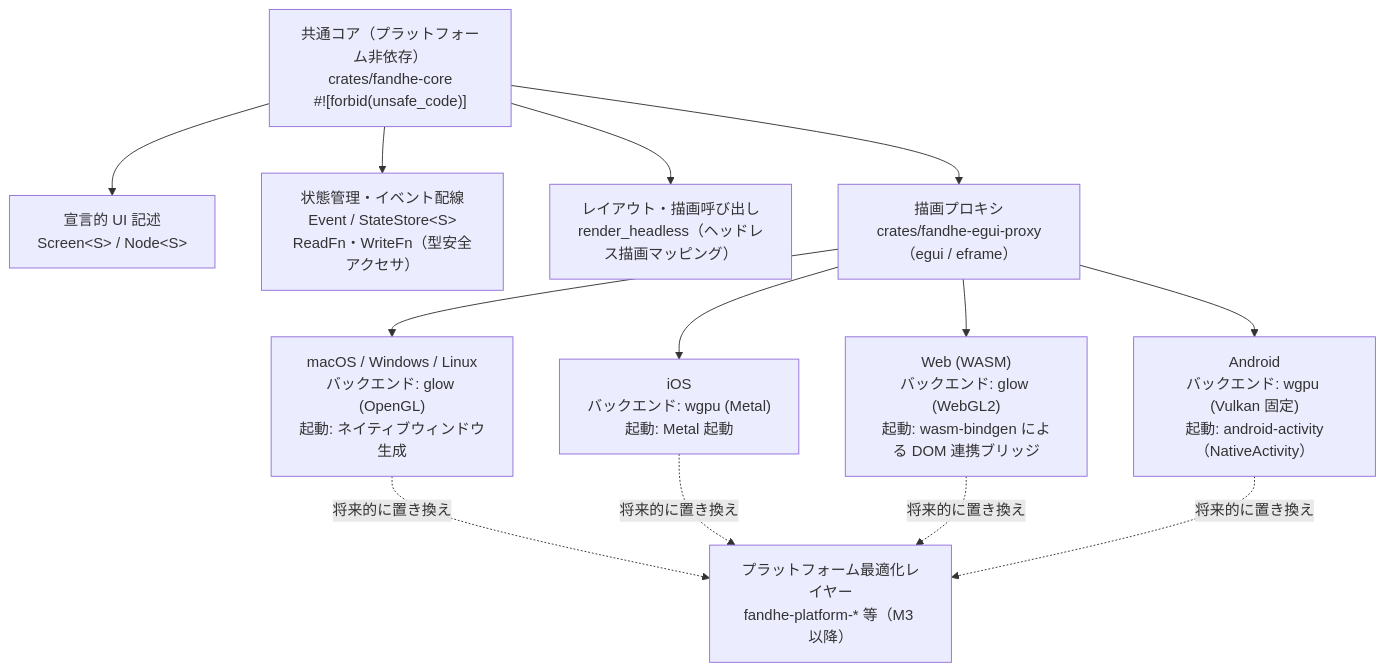
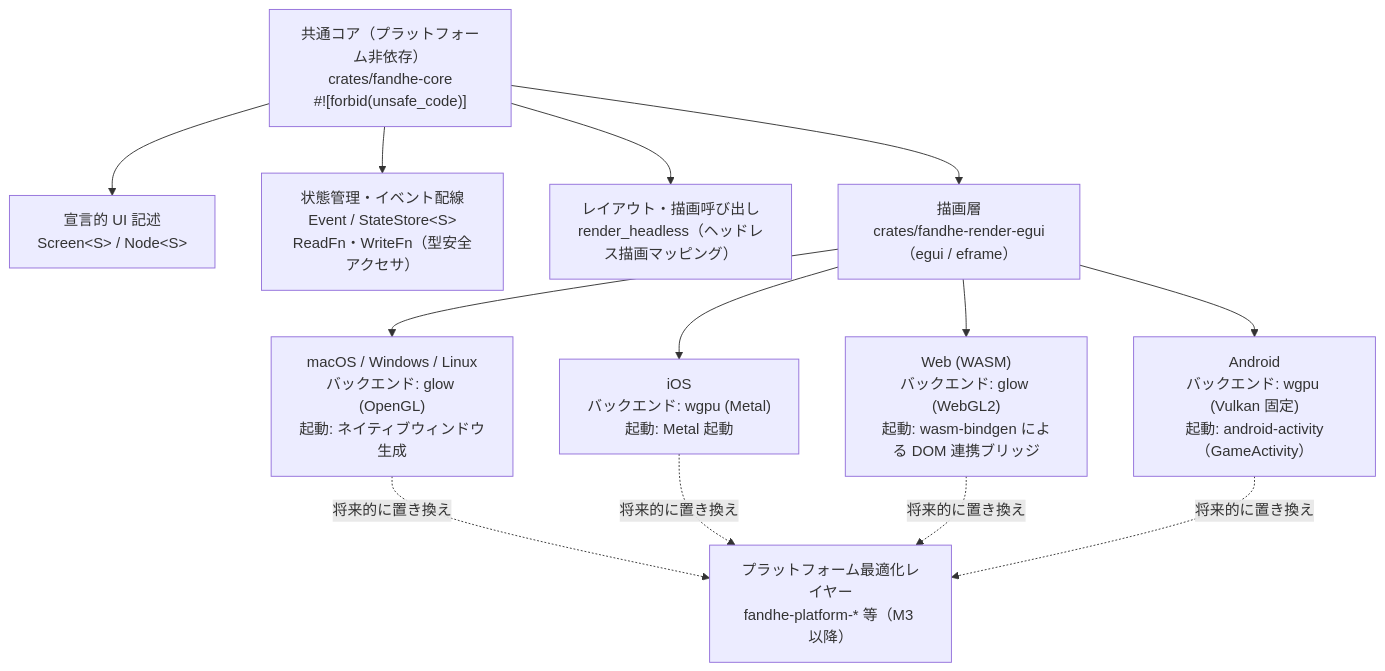
Before and after one commit to Fandhe-AI/fandhe-multi-platform: the diagram in docs/architecture/responsibility-boundary.md, drawn with Mermaid. The commit also changed other lines of this file and 283 other files, not shown here.

First line of the commit message:
docs: 撤去した fandhe-egui-proxy を指す古いパスと説明を直す (#1403)

````diff
--- a/docs/architecture/responsibility-boundary.md
+++ b/docs/architecture/responsibility-boundary.md
@@ -29,20 +29,20 @@
 ```mermaid
 graph TD
     Core["共通コア（プラットフォーム非依存）<br/>crates/fandhe-core<br/>#![forbid(unsafe_code)]"]
     Core --> UI["宣言的 UI 記述<br/>Screen&lt;S&gt; / Node&lt;S&gt;"]
     Core --> State["状態管理・イベント配線<br/>Event / StateStore&lt;S&gt;<br/>ReadFn・WriteFn（型安全アクセサ）"]
     Core --> Render["レイアウト・描画呼び出し<br/>render_headless（ヘッドレス描画マッピング）"]
 
-    Core --> Proxy["描画プロキシ<br/>crates/fandhe-egui-proxy（egui / eframe）"]
+    Core --> Proxy["描画層<br/>crates/fandhe-render-egui（egui / eframe）"]
 
     Proxy --> Desktop["macOS / Windows / Linux<br/>バックエンド: glow (OpenGL)<br/>起動: ネイティブウィンドウ生成"]
     Proxy --> IOS["iOS<br/>バックエンド: wgpu (Metal)<br/>起動: Metal 起動"]
     Proxy --> Web["Web (WASM)<br/>バックエンド: glow (WebGL2)<br/>起動: wasm-bindgen による DOM 連携ブリッジ"]
-    Proxy --> Android["Android<br/>バックエンド: wgpu (Vulkan 固定)<br/>起動: android-activity（NativeActivity）"]
+    Proxy --> Android["Android<br/>バックエンド: wgpu (Vulkan 固定)<br/>起動: android-activity（GameActivity）"]
 
     Platform["プラットフォーム最適化レイヤー<br/>fandhe-platform-* 等（M3 以降）"]
     Desktop -.将来的に置き換え.-> Platform
     IOS -.将来的に置き換え.-> Platform
     Web -.将来的に置き換え.-> Platform
     Android -.将来的に置き換え.-> Platform
 ```
````
